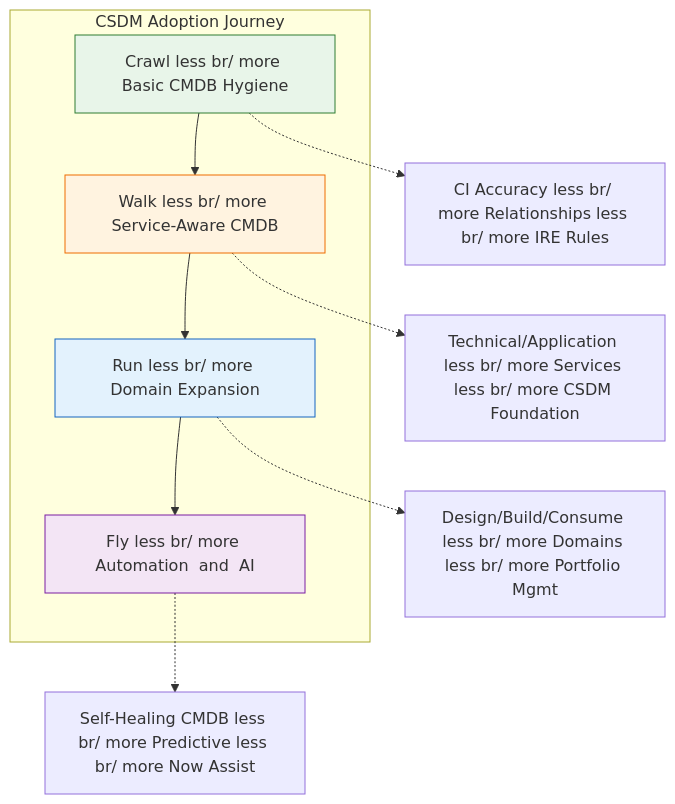
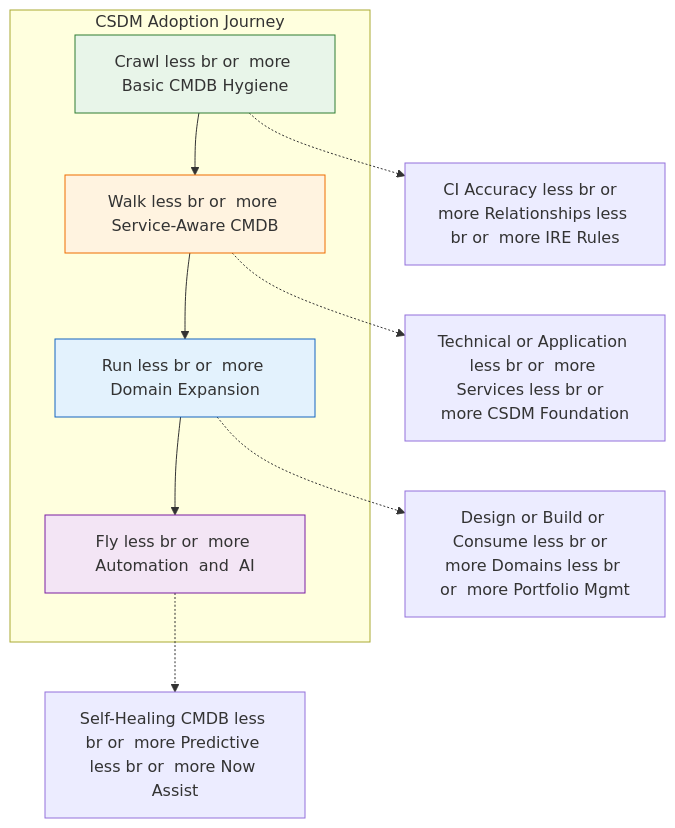
One commit to eltonaguiar/ServiceNow_Learning_TSOM-_CSM_FSM_SalesCRM_HAM_ITSM changed the fourth of 22 diagrams in docs/modules/cmdb/cmdb-guide.md. Above: the diagram before and after it, drawn with Mermaid. The commit also changed other lines of this file and 19 other files, not shown here.

First line of the commit message:
Fix Mermaid diagram syntax errors - replace problematic chars in text content only

````diff
--- a/docs/modules/cmdb/cmdb-guide.md
+++ b/docs/modules/cmdb/cmdb-guide.md
@@ -462,18 +462,18 @@
 ```mermaid
 flowchart TD
     subgraph "CSDM Adoption Journey"
-        Crawl[Crawl less br/ more Basic CMDB Hygiene] --> Walk[Walk less br/ more Service-Aware CMDB]
-        Walk --> Run[Run less br/ more Domain Expansion]
-        Run --> Fly[Fly less br/ more Automation  and  AI]
+        Crawl[Crawl less br or  more Basic CMDB Hygiene] --> Walk[Walk less br or  more Service-Aware CMDB]
+        Walk --> Run[Run less br or  more Domain Expansion]
+        Run --> Fly[Fly less br or  more Automation  and  AI]
     end
     
-    Crawl -.-> CI[CI Accuracy less br/ more Relationships less br/ more IRE Rules]
-    Walk -.-> Svc[Technical/Application less br/ more Services less br/ more CSDM Foundation]
-    Run -.-> Dom[Design/Build/Consume less br/ more Domains less br/ more Portfolio Mgmt]
-    Fly -.-> AI[Self-Healing CMDB less br/ more Predictive less br/ more Now Assist]
+    Crawl -.-> CI[CI Accuracy less br or  more Relationships less br or  more IRE Rules]
+    Walk -.-> Svc[Technical or Application less br or  more Services less br or  more CSDM Foundation]
+    Run -.-> Dom[Design or Build or Consume less br or  more Domains less br or  more Portfolio Mgmt]
+    Fly -.-> AI[Self-Healing CMDB less br or  more Predictive less br or  more Now Assist]
     
     style Crawl fill:#e8f5e9,stroke:#2e7d32
     style Walk fill:#fff3e0,stroke:#ef6c00
     style Run fill:#e3f2fd,stroke:#1565c0
     style Fly fill:#f3e5f5,stroke:#7b1fa2
 ```
````
